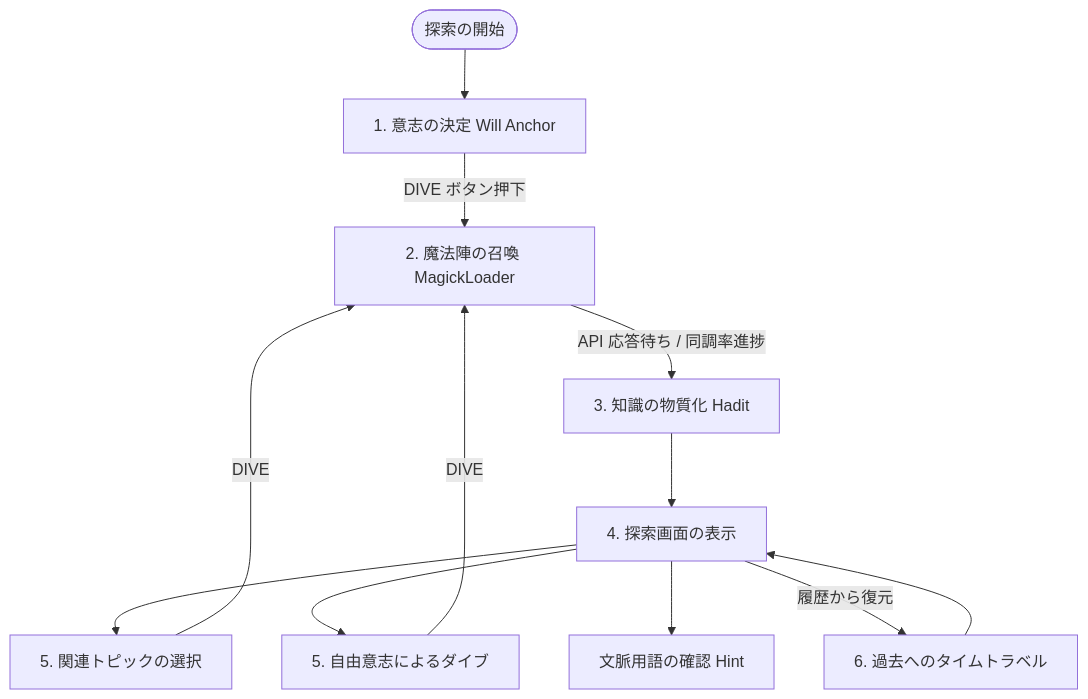
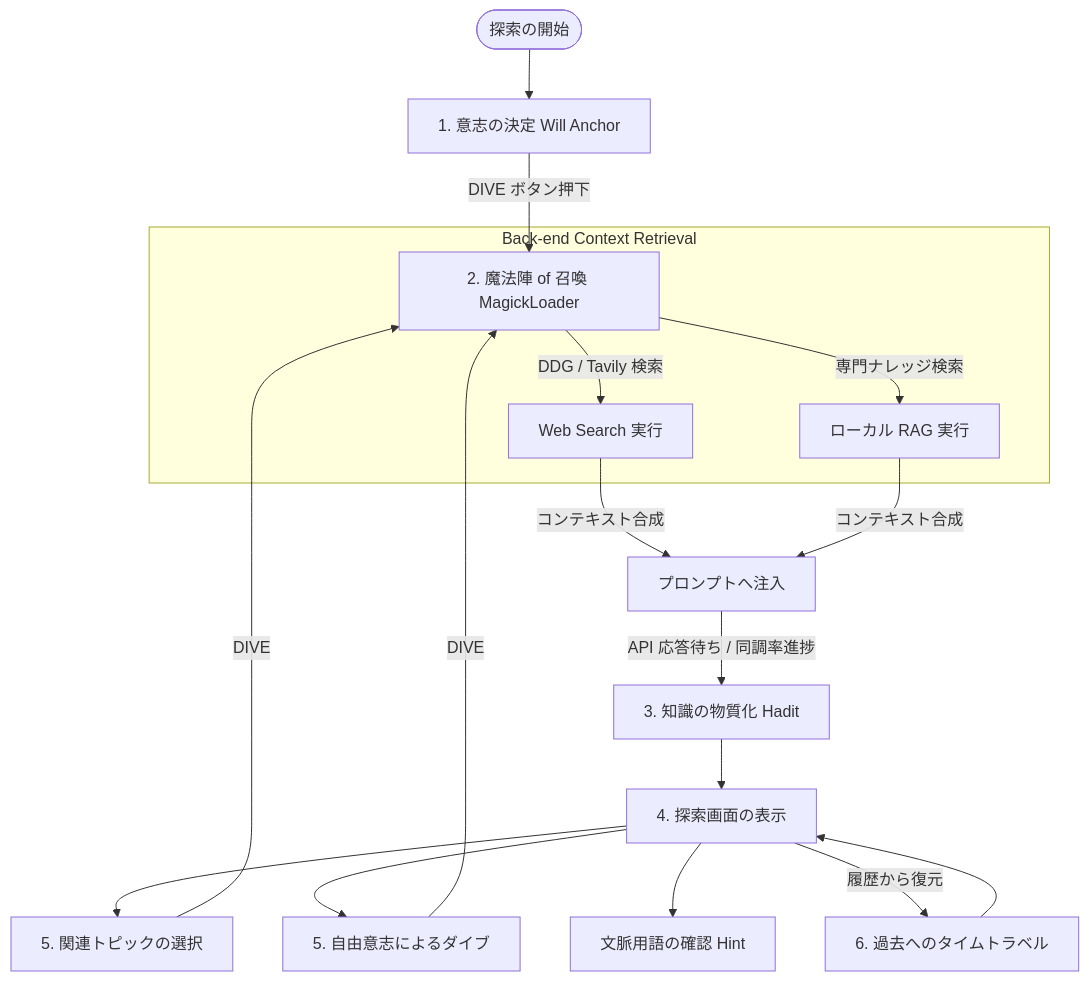
Before and after one commit to Tagomori0211/Aiwass-Magick: the diagram in README.md, drawn with Mermaid. The commit also changed other lines of this file and 5 other files, not shown here.

First line of the commit message:
feat: integrate RAG and Web Search for hallucination prevention, and tune loader progress

````diff
--- a/README.md
+++ b/README.md
@@ -213,16 +216,25 @@
 ```mermaid
 flowchart TD
     Start([探索の開始]) --> WillInput[1. 意志の決定 Will Anchor]
-    WillInput -->|DIVE ボタン押下| Loader[2. 魔法陣の召喚 MagickLoader]
-    Loader -->|API 応答待ち / 同調率進捗| Materialize[3. 知識の物質化 Hadit]
+    WillInput -->|DIVE ボタン押下| Loader[2. 魔法陣 of 召喚 MagickLoader]
+    
+    subgraph バックエンドコンテキスト検索 [Back-end Context Retrieval]
+        Loader -->|DDG / Tavily 検索| WebSearch[Web Search 実行]
+        Loader -->|専門ナレッジ検索| LocalRAG[ローカル RAG 実行]
+    end
+    
+    WebSearch -->|コンテキスト合成| Prompt[プロンプトへ注入]
+    LocalRAG -->|コンテキスト合成| Prompt
+    
+    Prompt -->|API 応答待ち / 同調率進捗| Materialize[3. 知識の物質化 Hadit]
     Materialize --> Render[4. 探索画面の表示]
     
     Render --> SelectSuggest[5. 関連トピックの選択]
     Render --> CustomInput[5. 自由意志によるダイブ]
     Render --> TermClick[文脈用語の確認 Hint]
     Render -->|履歴から復元| HistoryTravel[6. 過去へのタイムトラベル]
     
     SelectSuggest -->|DIVE| Loader
     CustomInput -->|DIVE| Loader
     HistoryTravel --> Render
 ```
````
